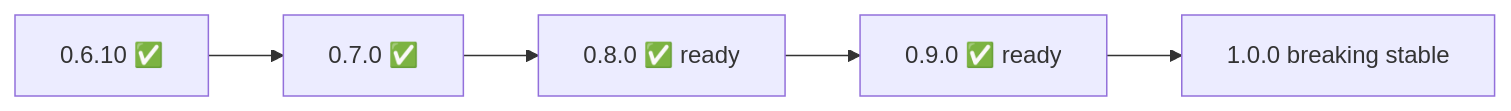
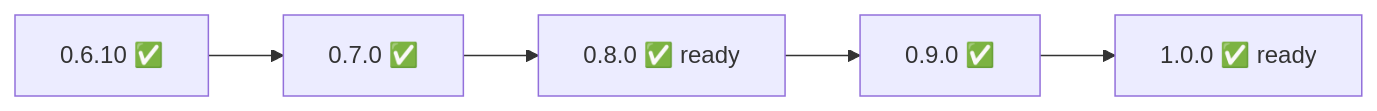
One commit to hrodrig/pgwd changed the diagram in ROADMAP.md. Above: the diagram before and after it, drawn with Mermaid. The commit also changed other lines of this file and 9 other files, not shown here.

````diff
--- a/ROADMAP.md
+++ b/ROADMAP.md
@@ -19,7 +19,7 @@
 ```mermaid
 flowchart LR
   A["0.6.10 ✅"] --> B["0.7.0 ✅"]
   B --> C["0.8.0 ✅ ready"]
-  C --> D["0.9.0 ✅ ready"]
-  D --> E["1.0.0 breaking stable"]
+  C --> D["0.9.0 ✅"]
+  D --> E["1.0.0 ✅ ready"]
 ```
````
